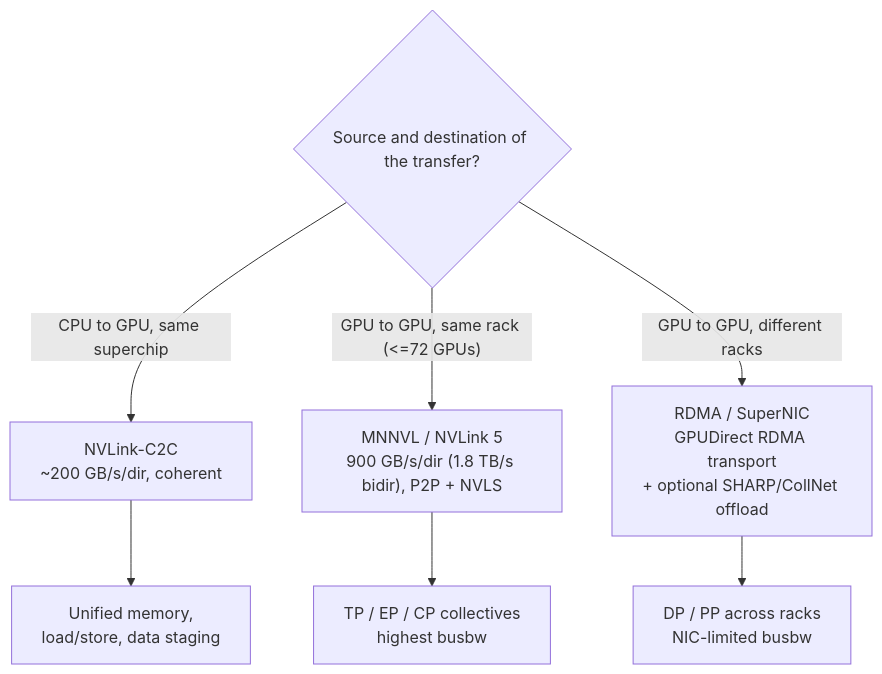
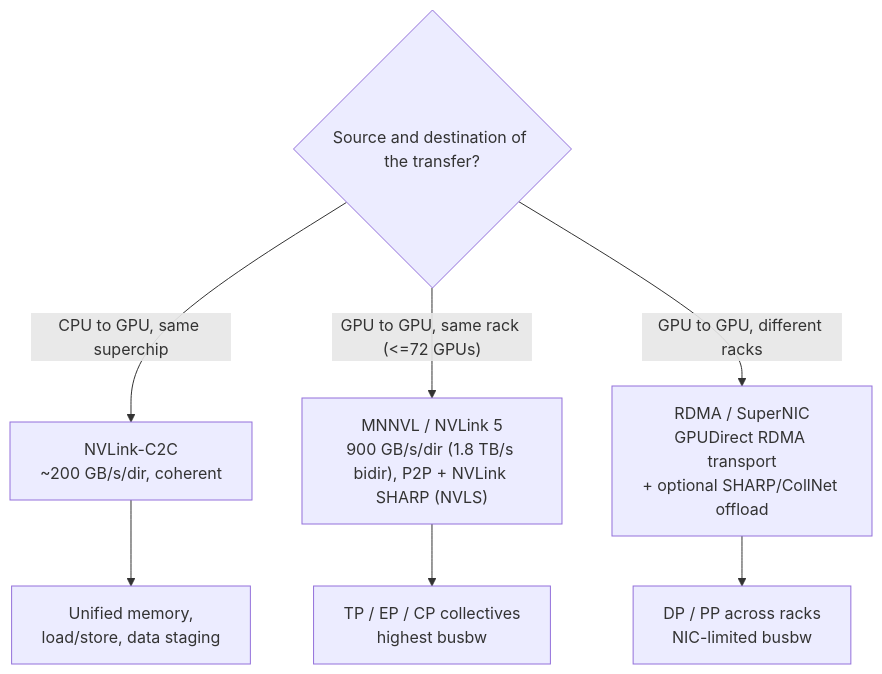
One commit to dfwguy/validation changed the fifth of 11 diagrams in nvl72.md. Above: the diagram before and after it, drawn with Mermaid. The commit also changed other lines of this file, not shown here.

Commit message:
Add PXN/rails note for AllToAll; spell out NVLink SHARP (NVLS) throughout

````diff
--- a/nvl72.md
+++ b/nvl72.md
@@ -387,11 +387,11 @@
 ```mermaid
 flowchart TD
     Q{"Source and destination of the transfer?"}
     Q -->|"CPU to GPU, same superchip"| C2C["NVLink-C2C<br/>~200 GB/s/dir, coherent"]
-    Q -->|"GPU to GPU, same rack (<=72 GPUs)"| NVL["MNNVL / NVLink 5<br/>900 GB/s/dir (1.8 TB/s bidir), P2P + NVLS"]
+    Q -->|"GPU to GPU, same rack (<=72 GPUs)"| NVL["MNNVL / NVLink 5<br/>900 GB/s/dir (1.8 TB/s bidir), P2P + NVLink SHARP (NVLS)"]
     Q -->|"GPU to GPU, different racks"| RDMA["RDMA / SuperNIC<br/>GPUDirect RDMA transport<br/>+ optional SHARP/CollNet offload"]
 
     C2C --> NOTE1["Unified memory,<br/>load/store, data staging"]
     NVL --> NOTE2["TP / EP / CP collectives<br/>highest busbw"]
     RDMA --> NOTE3["DP / PP across racks<br/>NIC-limited busbw"]
 ```
````
